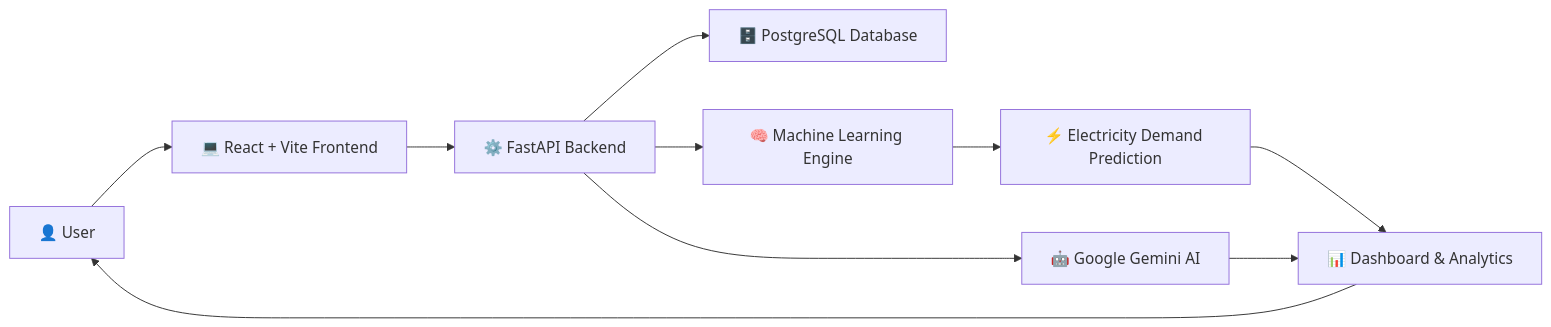
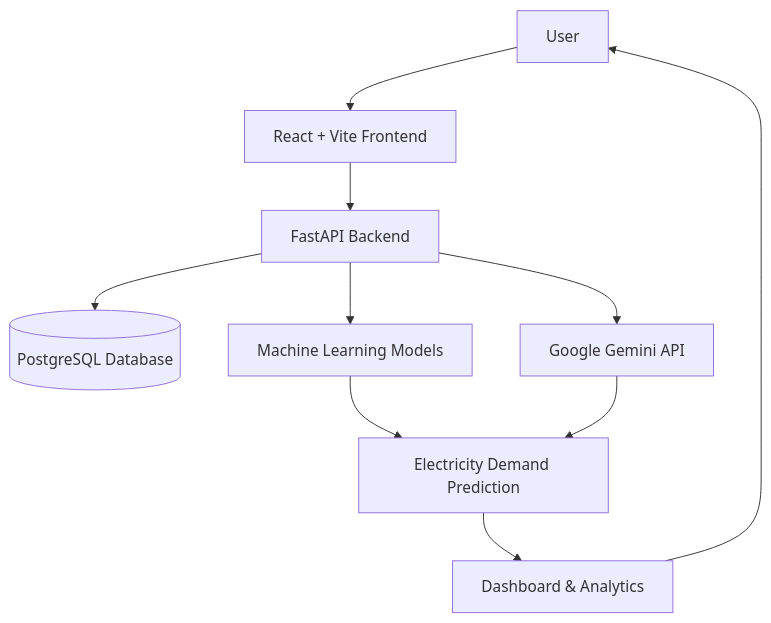
The first of 2 diagrams in README.md (zehranisar/PowerPilot-AI), drawn with Mermaid before and after one commit. The commit also changed other lines of this file, not shown here.

Commit message:
Revise architecture and workflow diagrams in README
Updated system architecture and application workflow diagrams in README.md. Removed placeholder sections for screenshots.

````diff
--- a/README.md
+++ b/README.md
@@ -100,38 +100,22 @@
 ```mermaid
-flowchart LR
+graph TD
 
-A["👤 User"]
+User[User]
+Frontend[React + Vite Frontend]
+Backend[FastAPI Backend]
+Database[(PostgreSQL Database)]
+ML[Machine Learning Models]
+Gemini[Google Gemini API]
+Prediction[Electricity Demand Prediction]
+Dashboard[Dashboard & Analytics]
 
-B["💻 React + Vite Frontend"]
-
-C["⚙️ FastAPI Backend"]
-
-D["🗄️ PostgreSQL Database"]
-
-E["🧠 Machine Learning Engine"]
-
-F["🤖 Google Gemini AI"]
-
-G["📊 Dashboard & Analytics"]
-
-H["⚡ Electricity Demand Prediction"]
-
-
-A --> B
-
-B --> C
-
-C --> D
-
-C --> E
-
-C --> F
-
-E --> H
-
-H --> G
-
-F --> G
-
-G --> A
+User --> Frontend
+Frontend --> Backend
+Backend --> Database
+Backend --> ML
+Backend --> Gemini
+ML --> Prediction
+Gemini --> Prediction
+Prediction --> Dashboard
+Dashboard --> User
 ```
````
